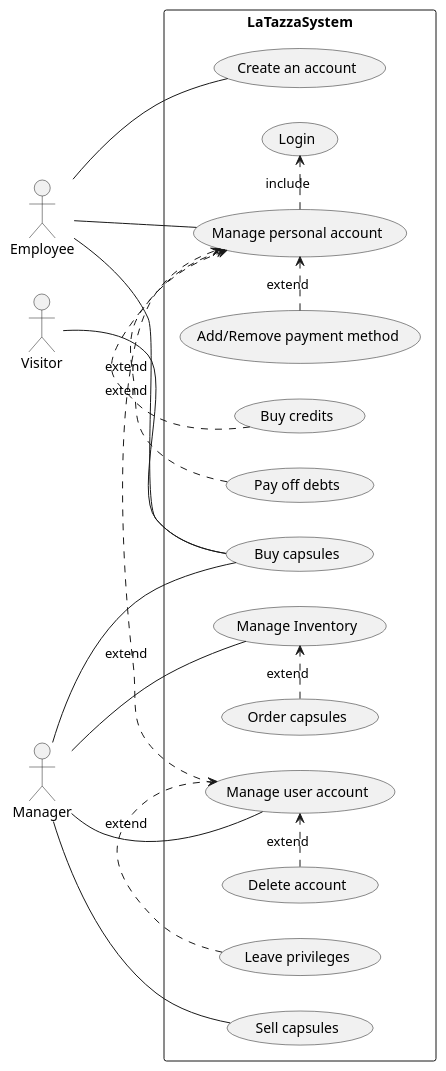
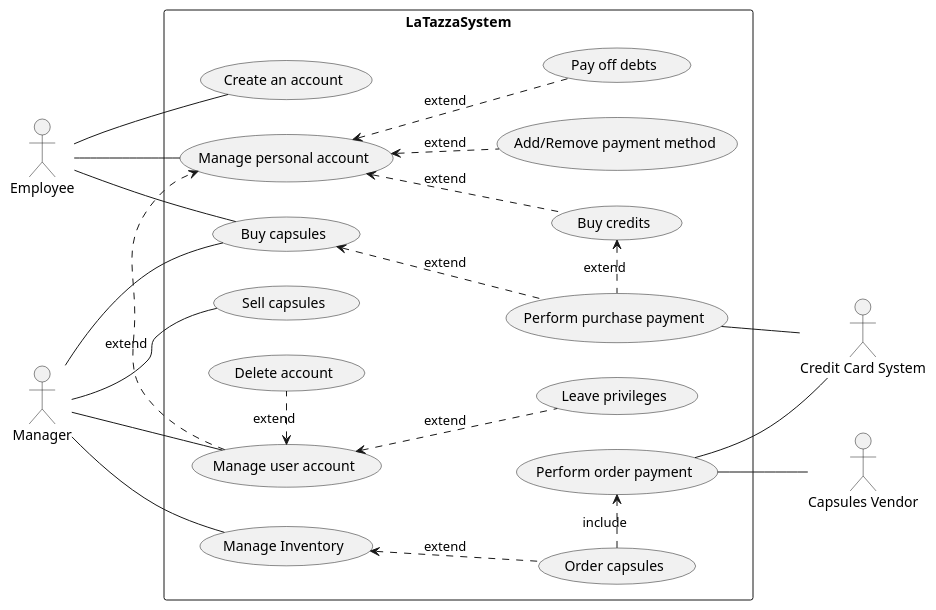
Before and after one commit to s41m0n/LaTazza: the second of 4 diagrams in templates/RequirementsDocument.md, drawn with PlantUML. The commit also changed other lines of this file, not shown here.

Commit message:
Issued #12 #13 fixed

````diff
--- a/templates/RequirementsDocument.md
+++ b/templates/RequirementsDocument.md
@@ -176,41 +176,47 @@
 ``` plantuml
 left to right direction
 
 actor Employee as e
-actor Visitor as v
 actor Manager as m
+actor "Credit Card System" as ccs
+actor "Capsules Vendor" as cv
 
 rectangle LaTazzaSystem {
 	(Buy capsules) as bc
 	(Sell capsules) as sc
 	(Add/Remove payment method) as pm
 	(Delete account) as da
 	(Leave privileges) as lp
-	(Login) as l
 	(Create an account) as ca
 	(Buy credits) as b
 	(Pay off debts) as p
 	(Manage personal account) as mpa
 	(Manage user account) as ma
 	(Manage Inventory) as mi
 	(Order capsules) as oc
+        (Perform order payment) as pop
+        (Perform purchase payment) as ppp
 
+	mi <.. oc : extend
+	ma <.. lp : extend
+	ma <. da : extend
+	ma .> mpa : extend
+	mpa <.. pm : extend
+	mpa <.. b : extend
+        b <. ppp : extend
+	mpa <.. p : extend
+        oc .> pop : include
+        bc <.. ppp : extend
 
 	m -- bc
 	m -- sc
+	m -- ma
+	m -- mi
 	e -- ca
 	e -- bc
 	e -- mpa
-	m  -- ma
-	m -- mi
-	v -- bc
-	mpa .> l : include
-	oc .> mi : extend
-	lp .> ma : extend
-	da .> ma : extend
-	ma .> mpa : extend
-	pm .> mpa : extend
-	b .> mpa : extend
-	p .> mpa : extend
+        ppp -- ccs
+        pop -- ccs
+        pop -- cv
 }
 ```
````
